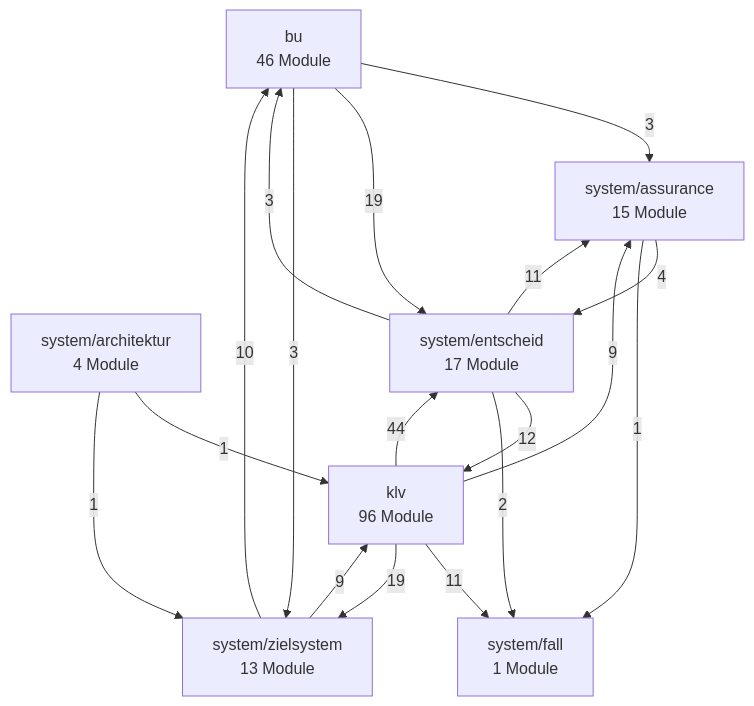
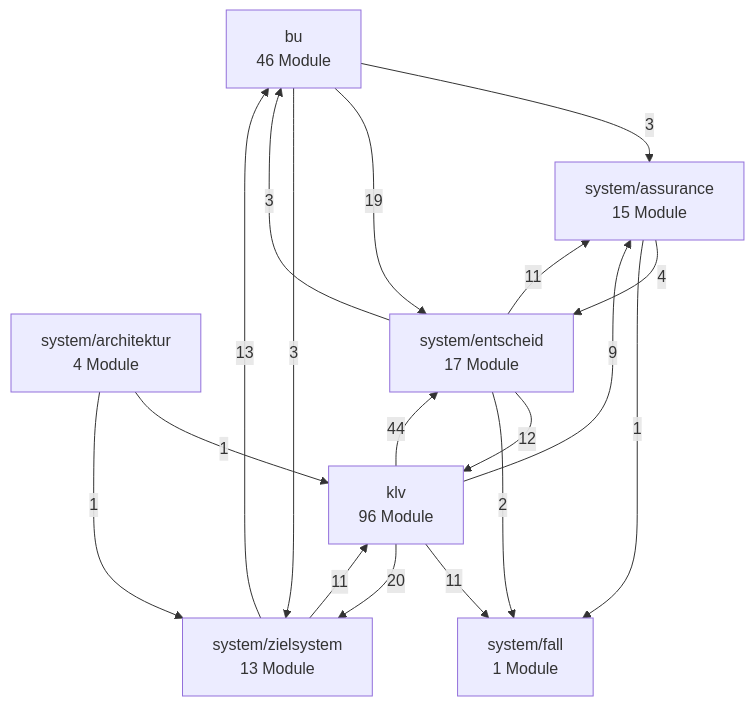
One commit to bartlmac/rechner-pipeline changed the second of 3 diagrams in docs/architektur/landkarte.md. Above: the diagram before and after it, drawn with Mermaid. The commit also changed other lines of this file and 11 other files, not shown here.

````diff
--- a/docs/architektur/landkarte.md
+++ b/docs/architektur/landkarte.md
@@ -93,28 +93,28 @@
 ```mermaid
 %% Fachknoten — erzeugt von ontologie.landkarte
 flowchart TD
     bu["bu<br/>46 Module"]
     klv["klv<br/>96 Module"]
     system_architektur["system/architektur<br/>4 Module"]
     system_assurance["system/assurance<br/>15 Module"]
     system_entscheid["system/entscheid<br/>17 Module"]
     system_fall["system/fall<br/>1 Module"]
     system_zielsystem["system/zielsystem<br/>13 Module"]
     bu -- 3 --> system_assurance
     bu -- 19 --> system_entscheid
     bu -- 3 --> system_zielsystem
     klv -- 9 --> system_assurance
     klv -- 44 --> system_entscheid
     klv -- 11 --> system_fall
-    klv -- 19 --> system_zielsystem
+    klv -- 20 --> system_zielsystem
     system_architektur -- 1 --> klv
     system_architektur -- 1 --> system_zielsystem
     system_assurance -- 4 --> system_entscheid
     system_assurance -- 1 --> system_fall
     system_entscheid -- 3 --> bu
     system_entscheid -- 12 --> klv
     system_entscheid -- 11 --> system_assurance
     system_entscheid -- 2 --> system_fall
-    system_zielsystem -- 10 --> bu
-    system_zielsystem -- 9 --> klv
+    system_zielsystem -- 13 --> bu
+    system_zielsystem -- 11 --> klv
 ```
````
